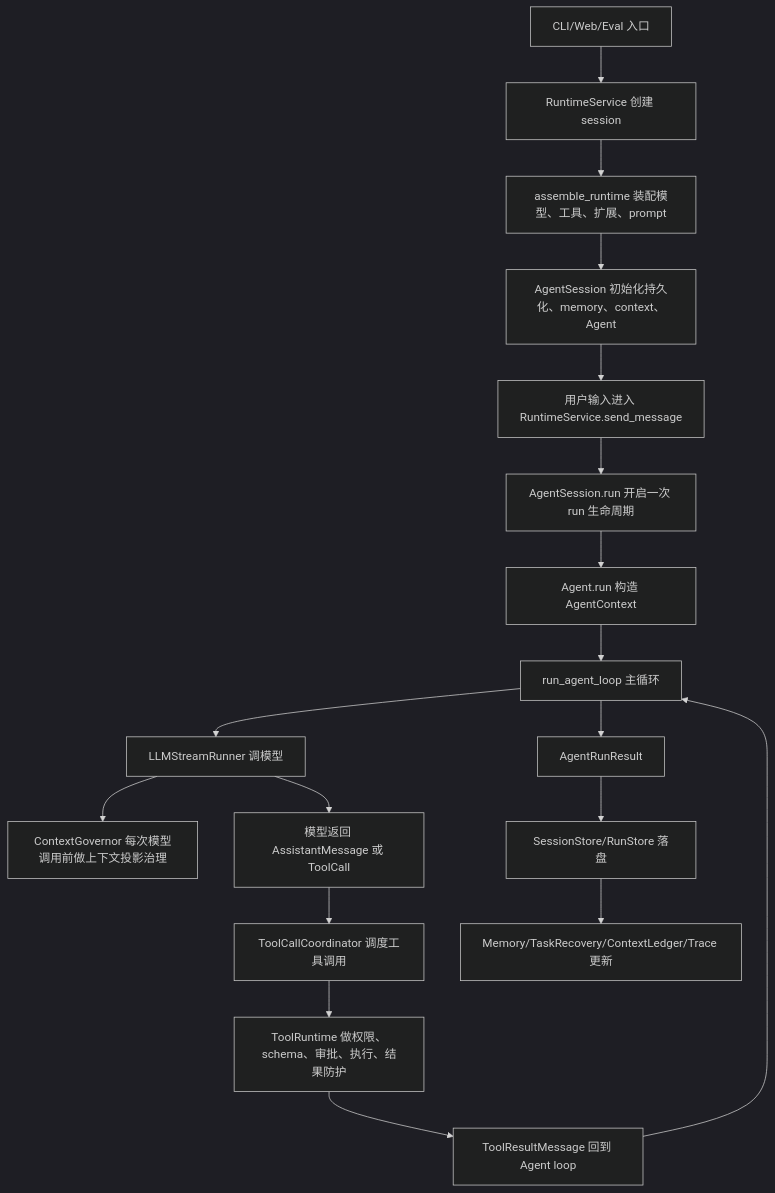
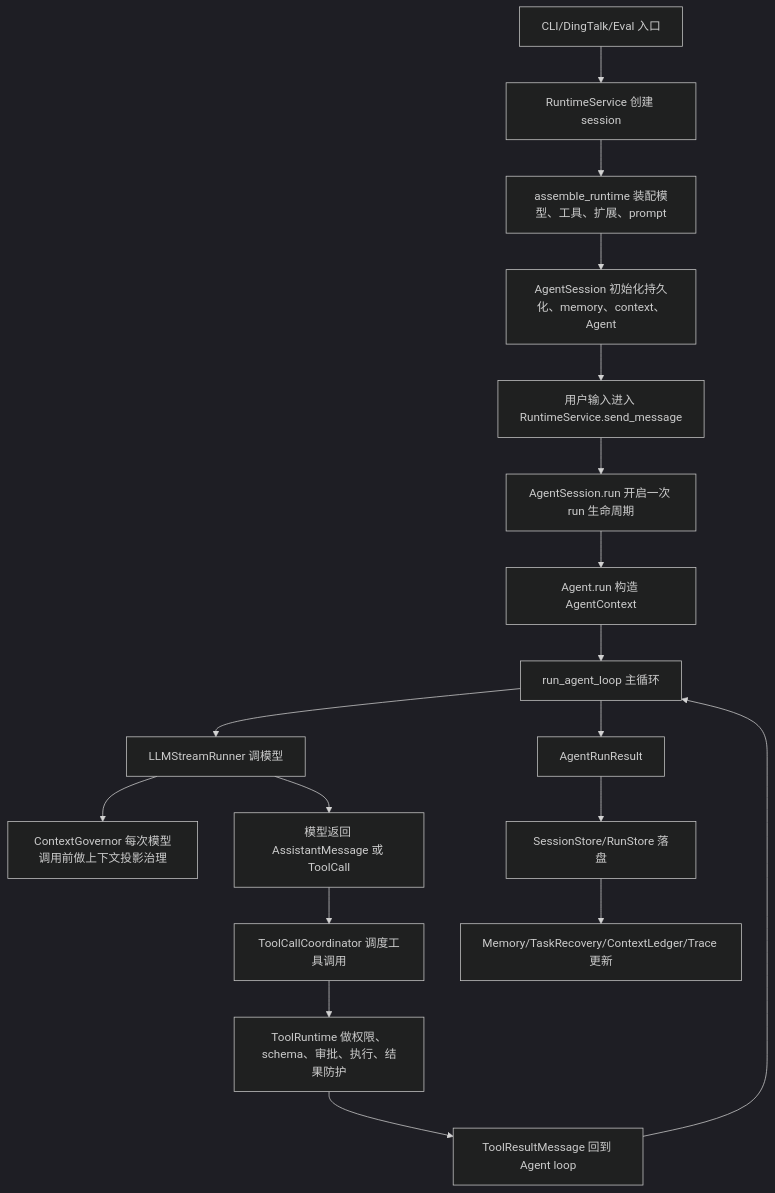
Before and after one commit to gyHMR/Codepilot_stable: the diagram in docs/design/0Guide.md, drawn with Mermaid (dark theme). The commit also changed other lines of this file and 37 other files, not shown here.

````diff
--- a/docs/design/0Guide.md
+++ b/docs/design/0Guide.md
@@ -24,20 +24,20 @@
 ```mermaid
 flowchart TD
-    A["CLI/Web/Eval 入口"] --> B["RuntimeService 创建 session"]
+    A["CLI/DingTalk/Eval 入口"] --> B["RuntimeService 创建 session"]
     B --> C["assemble_runtime 装配模型、工具、扩展、prompt"]
     C --> D["AgentSession 初始化持久化、memory、context、Agent"]
     D --> E["用户输入进入 RuntimeService.send_message"]
     E --> F["AgentSession.run 开启一次 run 生命周期"]
     F --> G["Agent.run 构造 AgentContext"]
     G --> H["run_agent_loop 主循环"]
     H --> I["LLMStreamRunner 调模型"]
     I --> J["ContextGovernor 每次模型调用前做上下文投影治理"]
     I --> K["模型返回 AssistantMessage 或 ToolCall"]
     K --> L["ToolCallCoordinator 调度工具调用"]
     L --> M["ToolRuntime 做权限、schema、审批、执行、结果防护"]
     M --> N["ToolResultMessage 回到 Agent loop"]
     N --> H
     H --> O["AgentRunResult"]
     O --> P["SessionStore/RunStore 落盘"]
     P --> Q["Memory/TaskRecovery/ContextLedger/Trace 更新"]
 ```
````
